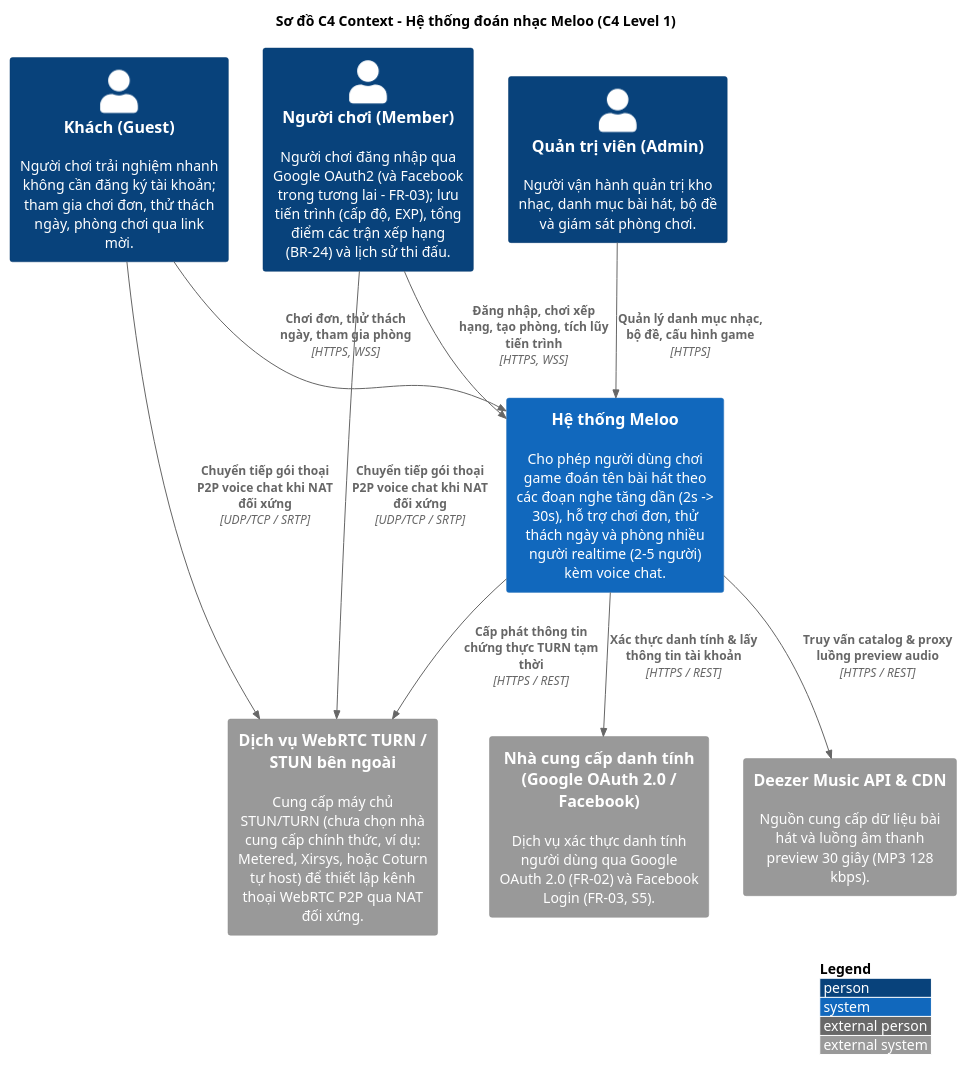
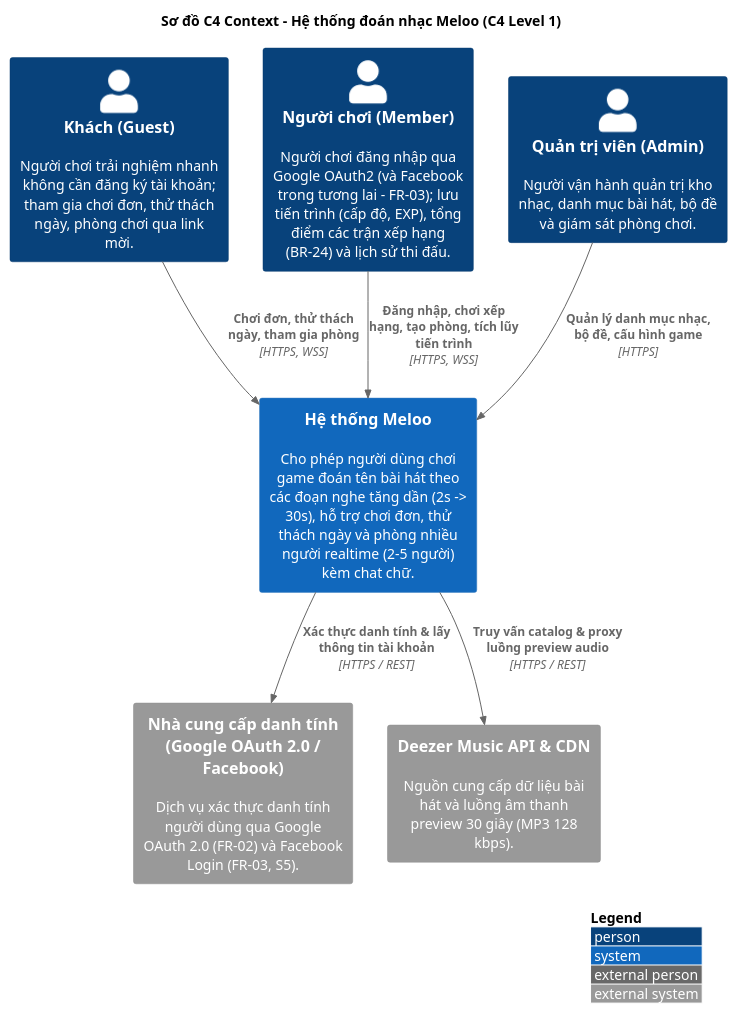
The diagram in docs/uml/c4/c4-context.puml (ThaiDevv/meloo), drawn with PlantUML before and after one commit. The commit also changed 32 other files, not shown here.

Commit message:
docs(voice): bỏ voice chat khỏi tài liệu và sơ đồ (#116)

```diff
--- a/docs/uml/c4/c4-context.puml
+++ b/docs/uml/c4/c4-context.puml
@@ -1,28 +1,24 @@
 @startuml c4-context
 !include <C4/C4_Context>
 
 LAYOUT_WITH_LEGEND()
 
 title Sơ đồ C4 Context - Hệ thống đoán nhạc Meloo (C4 Level 1)
 
 Person(guest, "Khách (Guest)", "Người chơi trải nghiệm nhanh không cần đăng ký tài khoản; tham gia chơi đơn, thử thách ngày, phòng chơi qua link mời.")
 Person(user, "Người chơi (Member)", "Người chơi đăng nhập qua Google OAuth2 (và Facebook trong tương lai - FR-03); lưu tiến trình (cấp độ, EXP), tổng điểm các trận xếp hạng (BR-24) và lịch sử thi đấu.")
 Person(admin, "Quản trị viên (Admin)", "Người vận hành quản trị kho nhạc, danh mục bài hát, bộ đề và giám sát phòng chơi.")
 
-System(meloo, "Hệ thống Meloo", "Cho phép người dùng chơi game đoán tên bài hát theo các đoạn nghe tăng dần (2s -> 30s), hỗ trợ chơi đơn, thử thách ngày và phòng nhiều người realtime (2-5 người) kèm voice chat.")
+System(meloo, "Hệ thống Meloo", "Cho phép người dùng chơi game đoán tên bài hát theo các đoạn nghe tăng dần (2s -> 30s), hỗ trợ chơi đơn, thử thách ngày và phòng nhiều người realtime (2-5 người) kèm chat chữ.")
 
 System_Ext(auth_providers, "Nhà cung cấp danh tính (Google OAuth 2.0 / Facebook)", "Dịch vụ xác thực danh tính người dùng qua Google OAuth 2.0 (FR-02) và Facebook Login (FR-03, S5).")
 System_Ext(deezer, "Deezer Music API & CDN", "Nguồn cung cấp dữ liệu bài hát và luồng âm thanh preview 30 giây (MP3 128 kbps).")
-System_Ext(turn, "Dịch vụ WebRTC TURN / STUN bên ngoài", "Cung cấp máy chủ STUN/TURN (chưa chọn nhà cung cấp chính thức, ví dụ: Metered, Xirsys, hoặc Coturn tự host) để thiết lập kênh thoại WebRTC P2P qua NAT đối xứng.")
 
 Rel(guest, meloo, "Chơi đơn, thử thách ngày, tham gia phòng", "HTTPS, WSS")
 Rel(user, meloo, "Đăng nhập, chơi xếp hạng, tạo phòng, tích lũy tiến trình", "HTTPS, WSS")
 Rel(admin, meloo, "Quản lý danh mục nhạc, bộ đề, cấu hình game", "HTTPS")
 
 Rel(meloo, auth_providers, "Xác thực danh tính & lấy thông tin tài khoản", "HTTPS / REST")
 Rel(meloo, deezer, "Truy vấn catalog & proxy luồng preview audio", "HTTPS / REST")
-Rel(meloo, turn, "Cấp phát thông tin chứng thực TURN tạm thời", "HTTPS / REST")
-Rel(user, turn, "Chuyển tiếp gói thoại P2P voice chat khi NAT đối xứng", "UDP/TCP / SRTP")
-Rel(guest, turn, "Chuyển tiếp gói thoại P2P voice chat khi NAT đối xứng", "UDP/TCP / SRTP")
 
 @enduml
```
